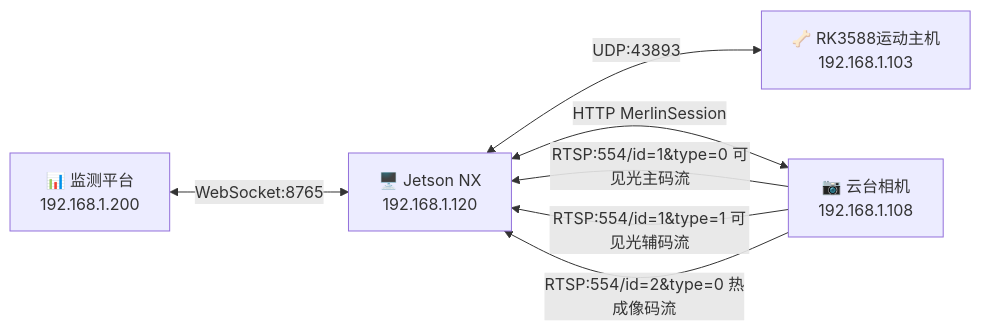
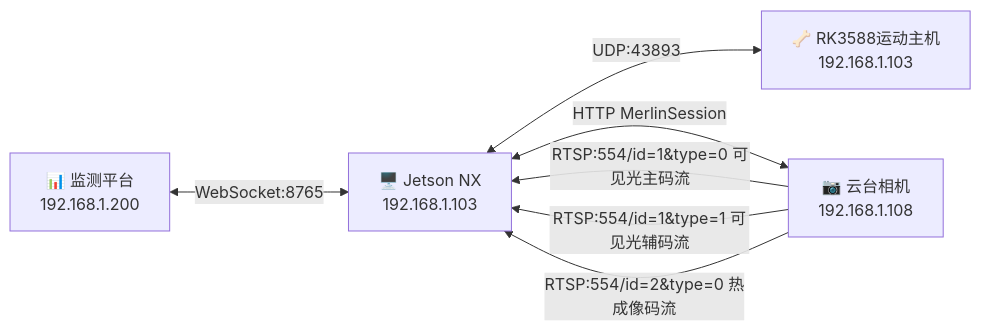
The second of 2 diagrams in README.md (CosmicVortex/lite3-power-inspection), drawn with Mermaid before and after one commit. The commit also changed other lines of this file and 21 other files, not shown here.

````diff
--- a/README.md
+++ b/README.md
@@ -130,18 +170,14 @@
 ```mermaid
 graph LR
-    Platform["📊 监测平台
-192.168.1.200"]
-    NX["🖥️ Jetson NX
-192.168.1.120"]
-    Motion["🦴 RK3588运动主机
-192.168.1.103"]
-    PTZ["📷 云台相机
-192.168.1.108"]
+    Platform["📊 监测平台<br/>192.168.1.200"]
+    NX["🖥️ Jetson NX<br/>192.168.1.103"]
+    Motion["🦴 RK3588运动主机<br/>192.168.1.103"]
+    PTZ["📷 云台相机<br/>192.168.1.108"]
     
     Platform <-->|WebSocket:8765| NX
     NX <-->|UDP:43893| Motion
     NX <-->|HTTP MerlinSession| PTZ
     PTZ -->|RTSP:554/id=1&type=0 可见光主码流| NX
     PTZ -->|RTSP:554/id=1&type=1 可见光辅码流| NX
     PTZ -->|RTSP:554/id=2&type=0 热成像码流| NX
 ```
````
